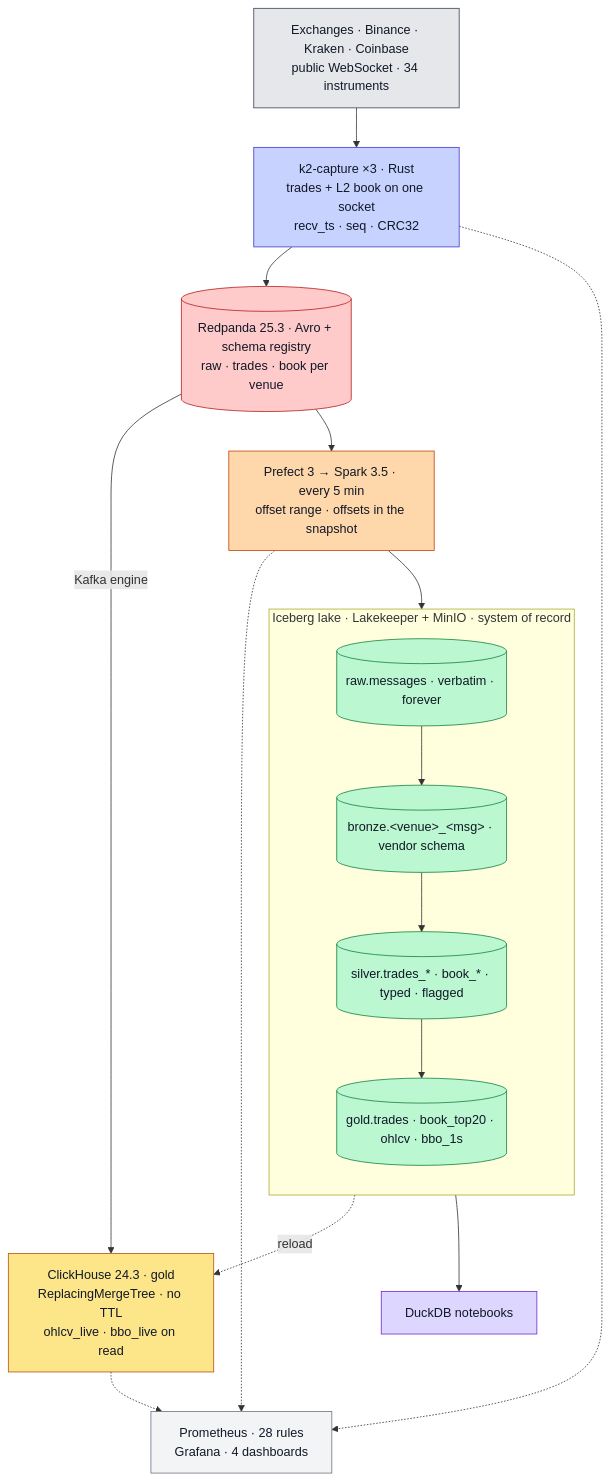
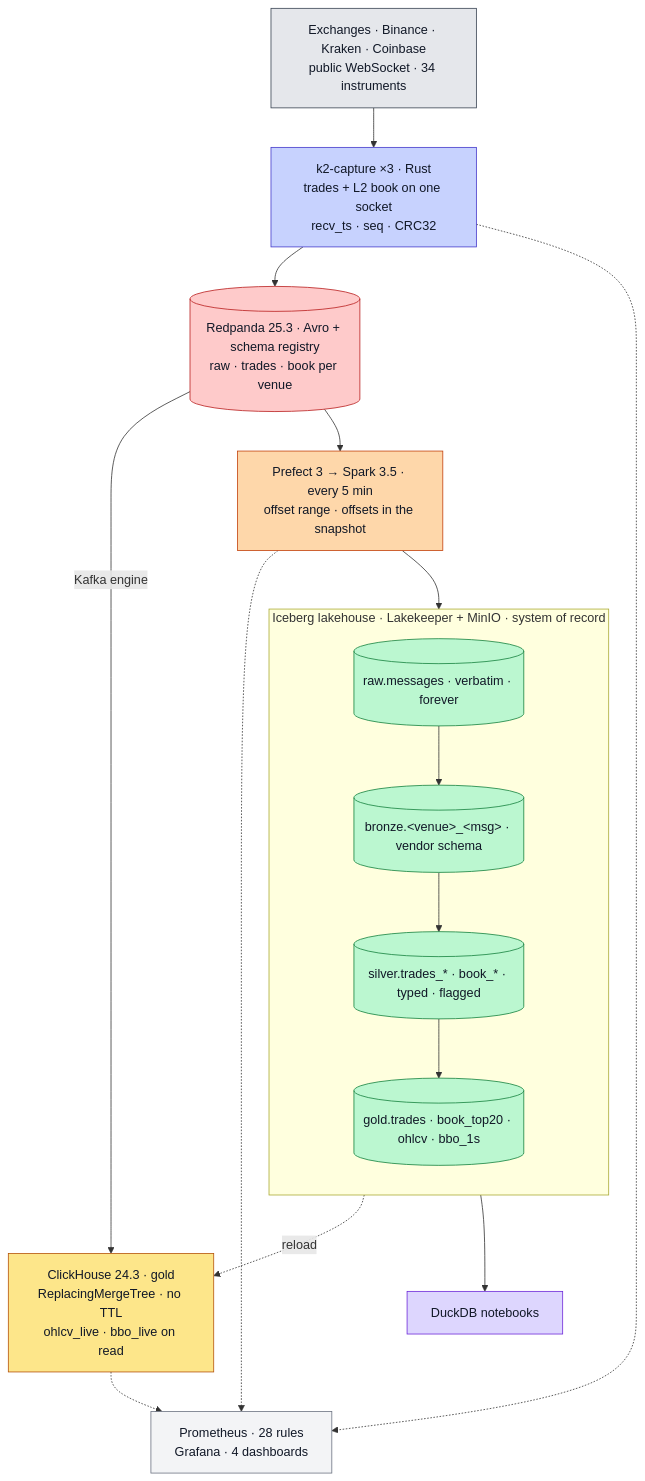
Before and after one commit to rjdscott/k2-market-data-platform: the diagram in README.md, drawn with Mermaid. The commit also changed other lines of this file and 2 other files, not shown here.

First line of the commit message:
docs: say Iceberg lakehouse, not lake, in README prose and banner (#125)

````diff
--- a/README.md
+++ b/README.md
@@ -31,34 +31,34 @@
 ```mermaid
 flowchart TB
   E["Exchanges · Binance · Kraken · Coinbase<br/>public WebSocket · 34 instruments"]:::ex
   F["k2-capture ×3 · Rust<br/>trades + L2 book on one socket<br/>recv_ts · seq · CRC32"]:::rs
   R[("Redpanda 25.3 · Avro + schema registry<br/>raw · trades · book per venue")]:::rp
   C["ClickHouse 24.3 · gold<br/>ReplacingMergeTree · no TTL<br/>ohlcv_live · bbo_live on read"]:::ch
   S["Prefect 3 → Spark 3.5 · every 5 min<br/>offset range · offsets in the snapshot"]:::sp
-  subgraph L["Iceberg lake · Lakekeeper + MinIO · system of record"]
+  subgraph L["Iceberg lakehouse · Lakekeeper + MinIO · system of record"]
     direction TB
     RAW[("raw.messages · verbatim · forever")]:::lk
     BR[("bronze.&lt;venue&gt;_&lt;msg&gt; · vendor schema")]:::lk
     SV[("silver.trades_* · book_* · typed · flagged")]:::lk
     GD[("gold.trades · book_top20 · ohlcv · bbo_1s")]:::lk
     RAW --> BR --> SV --> GD
   end
   N["DuckDB notebooks"]:::nb
   O["Prometheus · 28 rules<br/>Grafana · 4 dashboards"]:::ob
 
   E --> F --> R
   R -->|Kafka engine| C
   R --> S --> RAW
   GD -.->|reload| C
   GD --> N
   F & S & C -.-> O
 
   classDef ex fill:#e5e7eb,stroke:#374151,color:#111827
   classDef rs fill:#c7d2fe,stroke:#4338ca,color:#111827
   classDef rp fill:#fecaca,stroke:#b91c1c,color:#111827
   classDef lk fill:#bbf7d0,stroke:#15803d,color:#111827
   classDef sp fill:#fed7aa,stroke:#c2410c,color:#111827
   classDef ch fill:#fde68a,stroke:#b45309,color:#111827
   classDef nb fill:#ddd6fe,stroke:#6d28d9,color:#111827
   classDef ob fill:#f3f4f6,stroke:#6b7280,color:#111827
 ```
````
